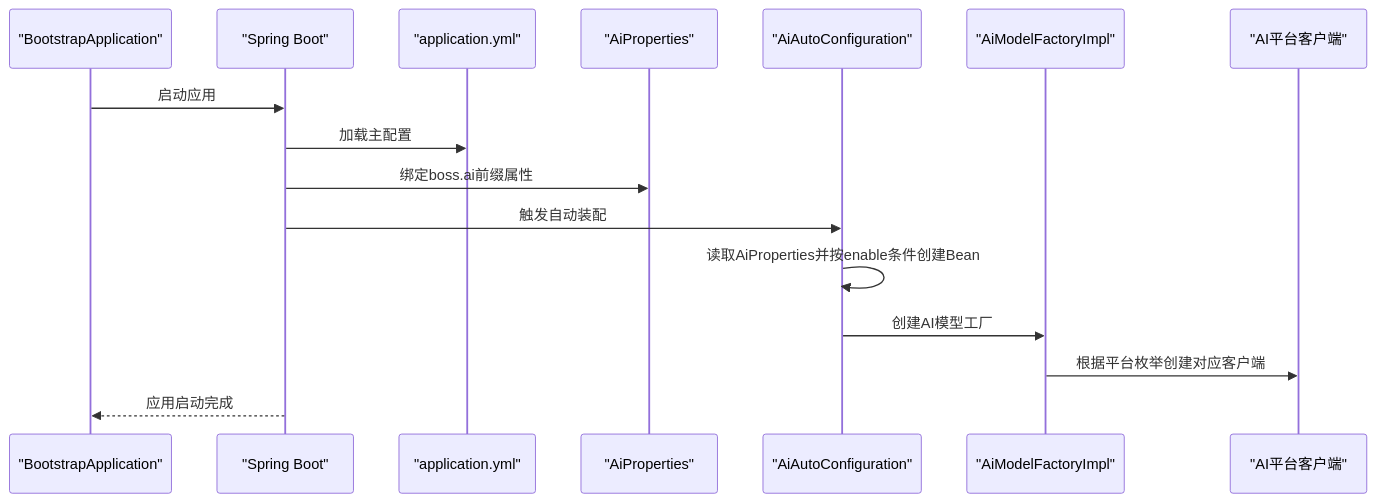
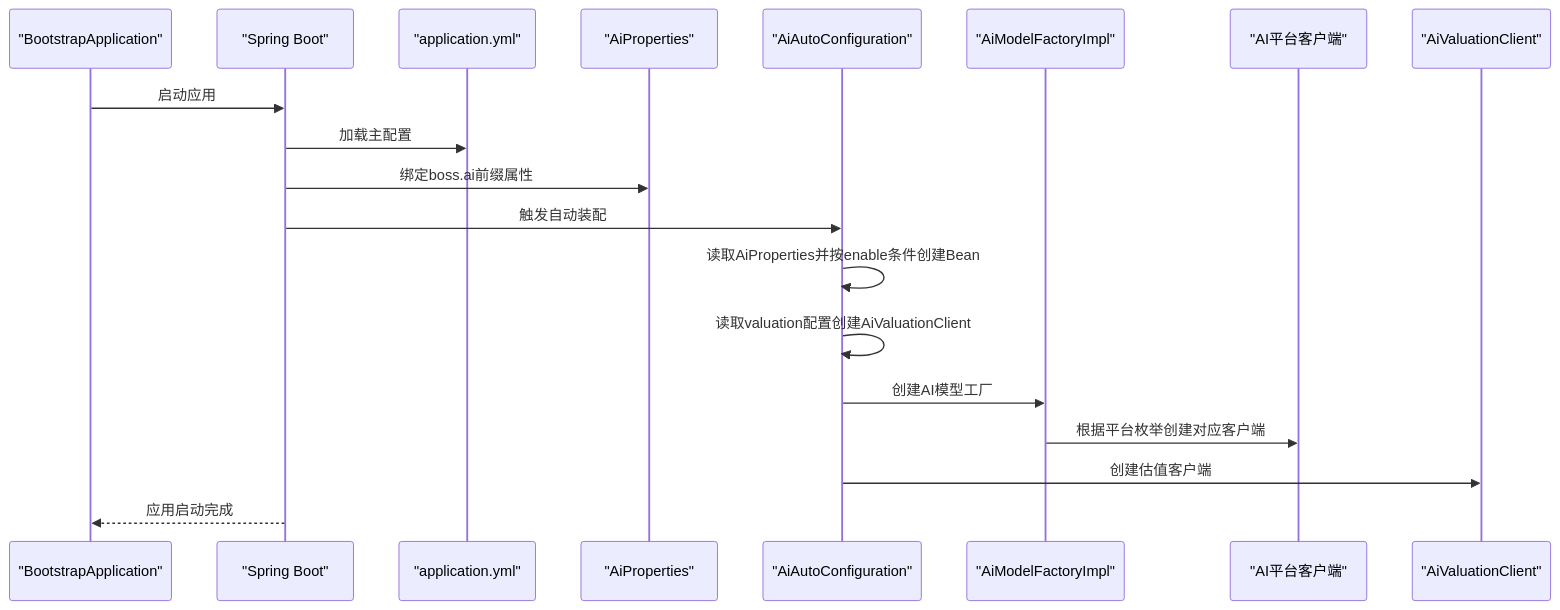
One commit to X555LB/data-ai changed the fifth of 7 diagrams in .qoder/repowiki/zh/content/配置指南.md. Above: the diagram before and after it, drawn with Mermaid. The commit also changed other lines of this file and 11 other files, not shown here.

````diff
--- a/.qoder/repowiki/zh/content/配置指南.md
+++ b/.qoder/repowiki/zh/content/配置指南.md
@@ -258,18 +301,21 @@
 ```mermaid
 sequenceDiagram
 participant Boot as "BootstrapApplication"
 participant Spring as "Spring Boot"
 participant Config as "application.yml"
 participant Props as "AiProperties"
 participant Auto as "AiAutoConfiguration"
 participant Factory as "AiModelFactoryImpl"
 participant Platform as "AI平台客户端"
+participant Valuation as "AiValuationClient"
 Boot->>Spring : 启动应用
 Spring->>Config : 加载主配置
 Spring->>Props : 绑定boss.ai前缀属性
 Spring->>Auto : 触发自动装配
 Auto->>Auto : 读取AiProperties并按enable条件创建Bean
+Auto->>Auto : 读取valuation配置创建AiValuationClient
 Auto->>Factory : 创建AI模型工厂
 Factory->>Platform : 根据平台枚举创建对应客户端
+Auto->>Valuation : 创建估值客户端
 Spring-->>Boot : 应用启动完成
 ```
````
